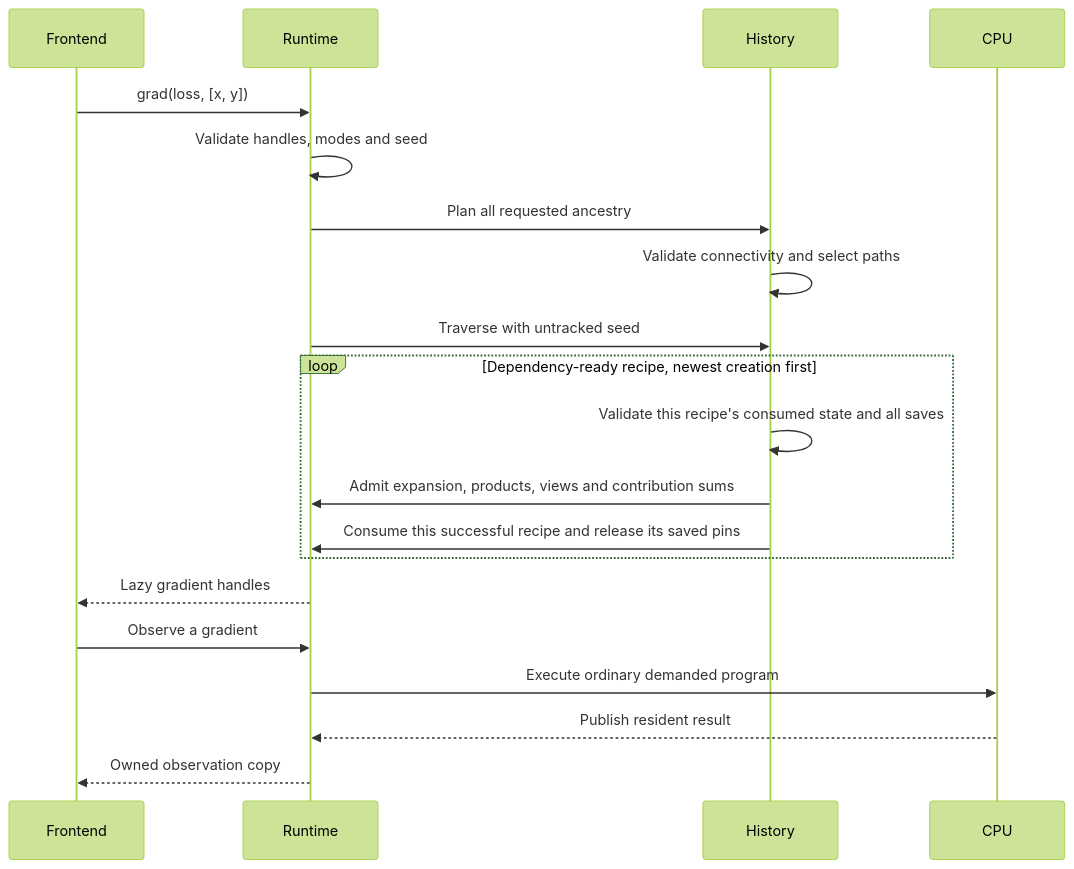
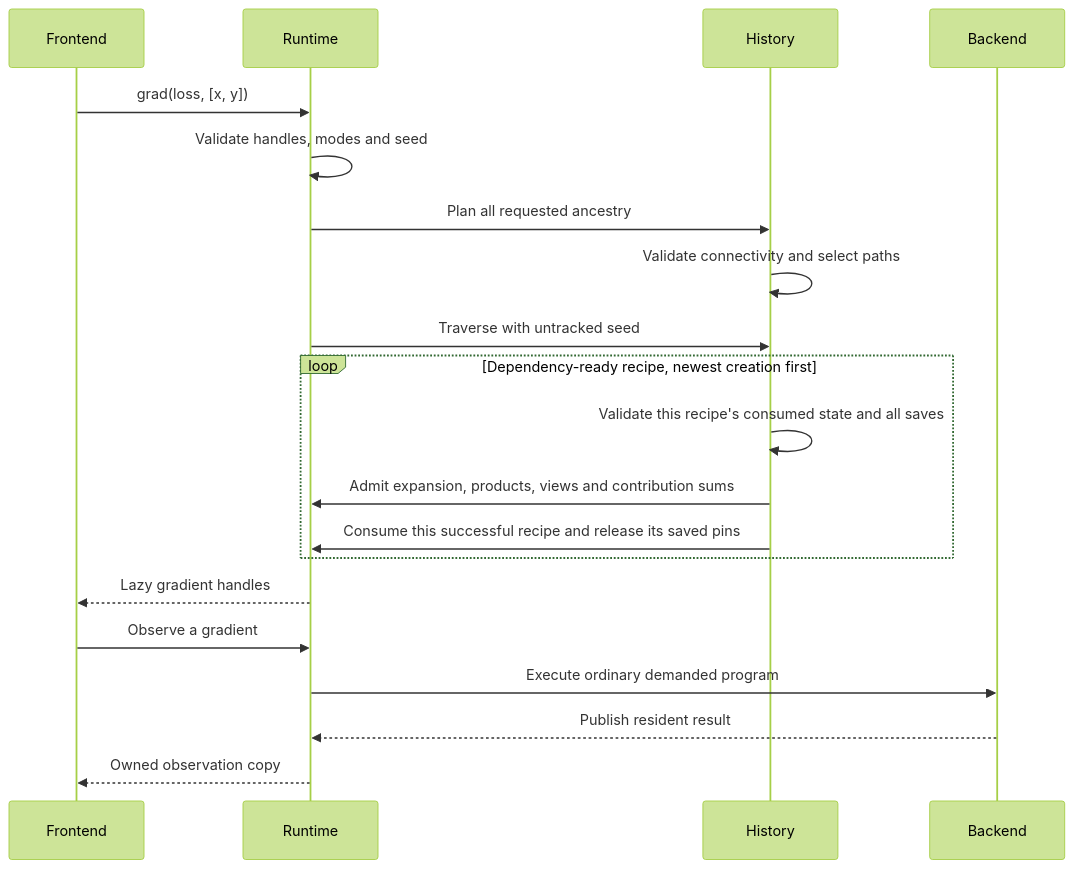
One commit to isaacperez/tabgrad changed the diagram in docs/flows/functional-gradients.md. Above: the diagram before and after it, drawn with Mermaid (forest theme). The commit also changed other lines of this file and 30 other files, not shown here.

````diff
--- a/docs/flows/functional-gradients.md
+++ b/docs/flows/functional-gradients.md
@@ -28,22 +28,22 @@
 ```mermaid
 sequenceDiagram
     participant Frontend
     participant Runtime
     participant History
-    participant CPU
+    participant Backend
     Frontend->>Runtime: grad(loss, [x, y])
     Runtime->>Runtime: Validate handles, modes and seed
     Runtime->>History: Plan all requested ancestry
     History->>History: Validate connectivity and select paths
     Runtime->>History: Traverse with untracked seed
     loop Dependency-ready recipe, newest creation first
         History->>History: Validate this recipe's consumed state and all saves
         History->>Runtime: Admit expansion, products, views and contribution sums
         History->>Runtime: Consume this successful recipe and release its saved pins
     end
     Runtime-->>Frontend: Lazy gradient handles
     Frontend->>Runtime: Observe a gradient
-    Runtime->>CPU: Execute ordinary demanded program
-    CPU-->>Runtime: Publish resident result
+    Runtime->>Backend: Execute ordinary demanded program
+    Backend-->>Runtime: Publish resident result
     Runtime-->>Frontend: Owned observation copy
 ```
````
